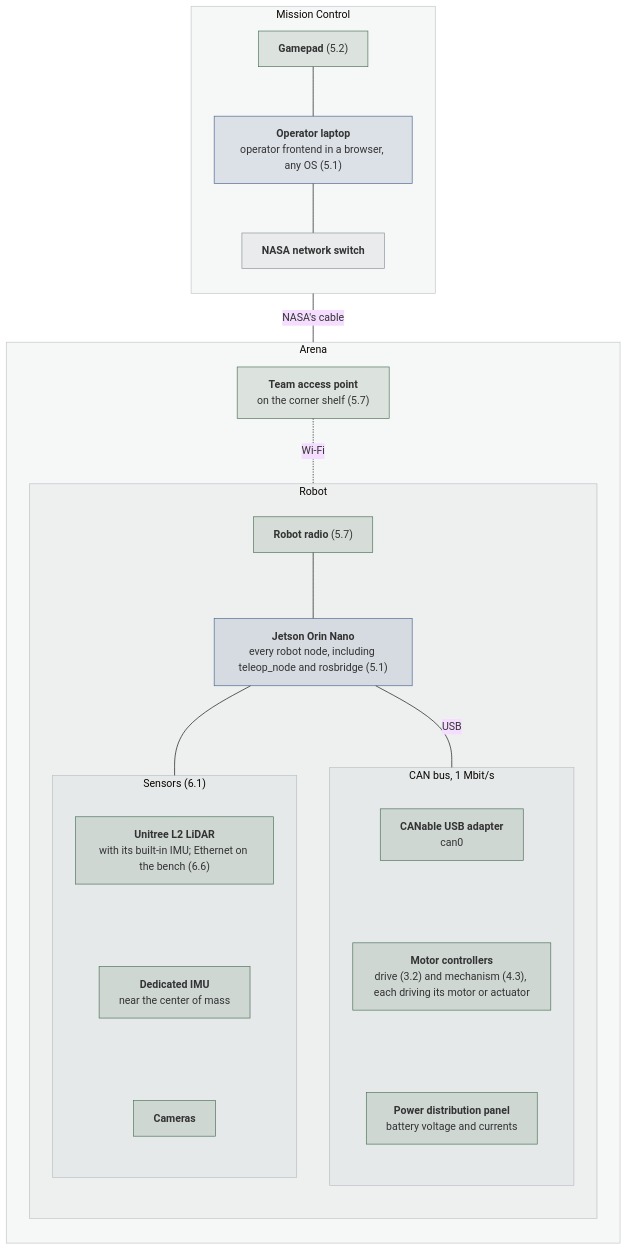
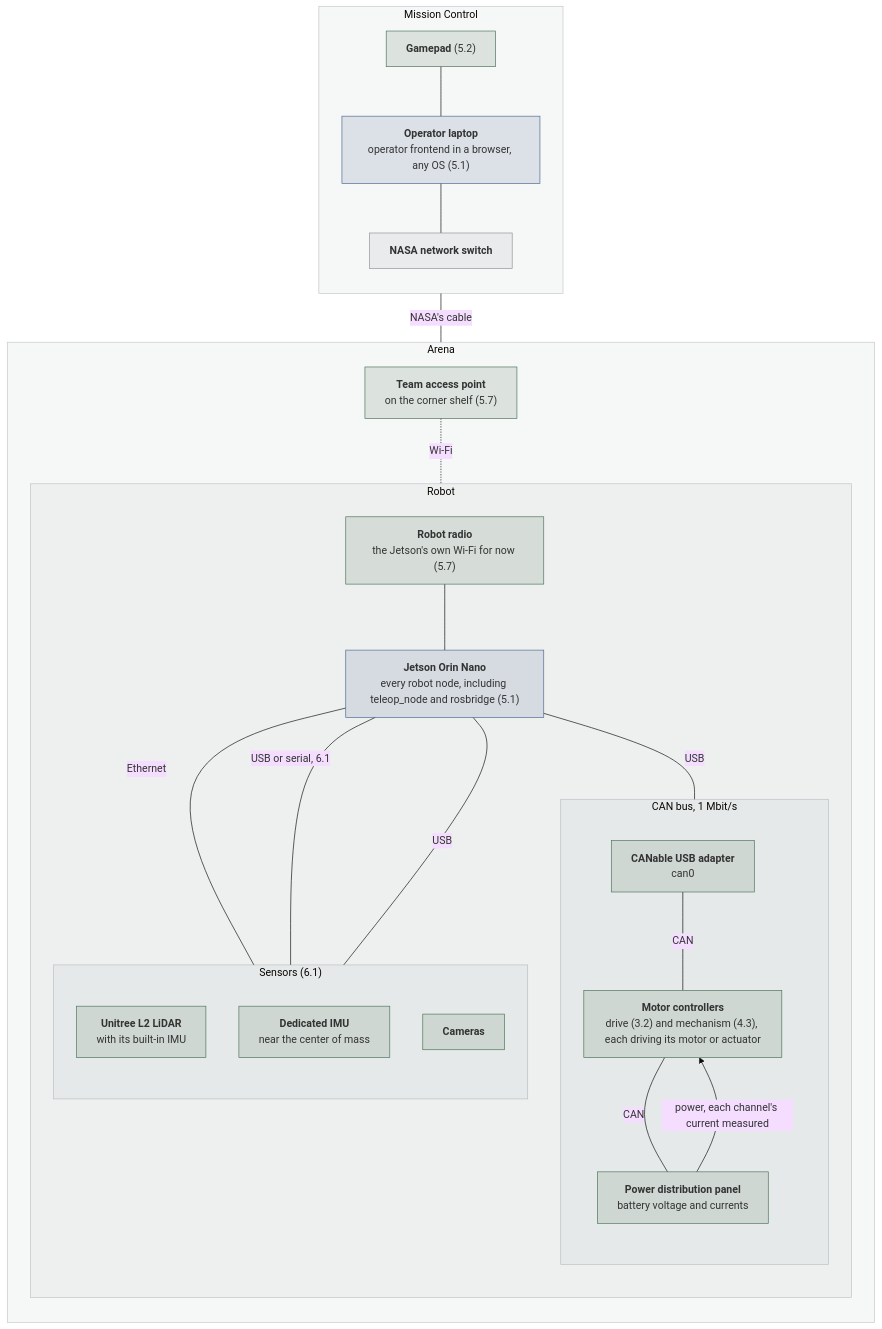
One commit to STAR-Robotics-Team/starrt-luna-software changed the second of 4 diagrams in docs/design/system.md. Above: the diagram before and after it, drawn with Mermaid (base theme). The commit also changed other lines of this file and 25 other files, not shown here.

````diff
--- a/docs/design/system.md
+++ b/docs/design/system.md
@@ -327,58 +327,62 @@
 ```mermaid
 ---
 config:
   flowchart:
     wrappingWidth: 240
 ---
 flowchart TB
   subgraph mcc["Mission Control"]
     direction TB
     pad["`**Gamepad** (5.2)`"] --- laptop["`**Operator laptop**
 operator frontend in a browser, any OS (5.1)`"]
     laptop --- sw["`**NASA network switch**`"]
   end
   subgraph arena["Arena"]
     direction TB
     ap["`**Team access point**
 on the corner shelf (5.7)`"]
     subgraph robot["Robot"]
       direction TB
-      radio["`**Robot radio** (5.7)`"] --- jetson["`**Jetson Orin Nano**
+      radio["`**Robot radio**
+the Jetson's own Wi-Fi for now (5.7)`"] --- jetson["`**Jetson Orin Nano**
 every robot node, including teleop_node and rosbridge (5.1)`"]
       jetson ---|USB| can
       subgraph can["CAN bus, 1 Mbit/s"]
         direction TB
         canable["`**CANable USB adapter**
 can0`"]
         ctrl["`**Motor controllers**
 drive (3.2) and mechanism (4.3), each driving its motor or actuator`"]
         pdp["`**Power distribution panel**
 battery voltage and currents`"]
-        canable ~~~ ctrl ~~~ pdp
+        canable ---|CAN| ctrl
+        ctrl ---|CAN| pdp
+        pdp -->|power, each channel's current measured| ctrl
       end
-      jetson --- sensors
       subgraph sensors["Sensors (6.1)"]
         direction TB
         lidar["`**Unitree L2 LiDAR**
-with its built-in IMU; Ethernet on the bench (6.6)`"]
+with its built-in IMU`"]
         imu["`**Dedicated IMU**
 near the center of mass`"]
         cams["`**Cameras**`"]
-        lidar ~~~ imu ~~~ cams
       end
+      jetson ---|Ethernet| lidar
+      jetson ---|USB or serial, 6.1| imu
+      jetson ---|USB| cams
     end
   end
   sw ---|NASA's cable| ap
   ap -.-|Wi-Fi| radio
   classDef ours fill:#4c669026,stroke:#4c6690
   classDef nasa fill:#8b939c1f,stroke:#8b939c
   classDef hw fill:#4a725926,stroke:#4a7259
   class laptop,jetson ours
   class sw nasa
   class pad,ap,radio,canable,ctrl,pdp,lidar,imu,cams hw
   style mcc fill:#8b939c14,stroke:#8b939c80
   style arena fill:#8b939c14,stroke:#8b939c80
   style robot fill:#8b939c14,stroke:#8b939c80
   style can fill:#8b939c14,stroke:#8b939c80
   style sensors fill:#8b939c14,stroke:#8b939c80
 ```
````
